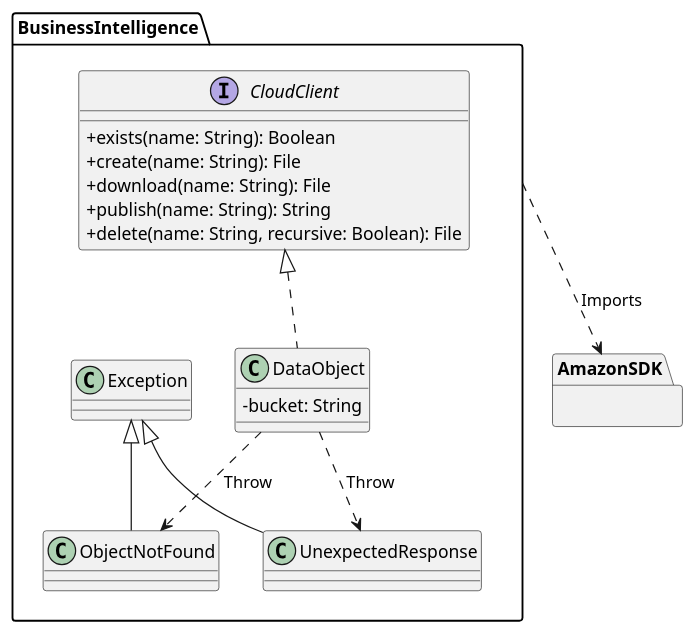
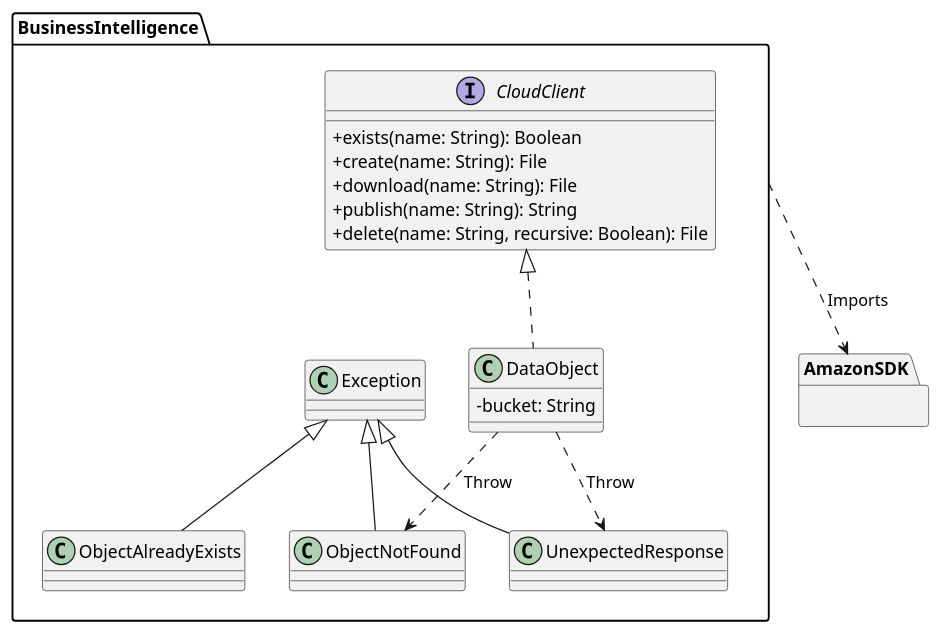
Before and after one commit to CPNV-ES-BI/BI_ELIXIR_AWS: the diagram in docs/class_diagrams/data_object.puml, drawn with PlantUML. The commit also changed 6 other files, not shown here.

Commit message:
Update sequence diagram

```diff
--- a/docs/class_diagrams/data_object.puml
+++ b/docs/class_diagrams/data_object.puml
@@ -1,33 +1,35 @@
 @startuml DataObject
 skinparam classAttributeIconSize 0
 package BusinessIntelligence {
     interface CloudClient {
      +exists(name: String): Boolean
      +create(name: String): File
      +download(name: String): File
      +publish(name: String): String
      +delete(name: String, recursive: Boolean): File
     }
 
     class DataObject {
      -bucket: String
     }
 
     class Exception
     class ObjectNotFound
+    class ObjectAlreadyExists
     class UnexpectedResponse
 
     CloudClient <|.. DataObject
 
     Exception <|-- ObjectNotFound
+    Exception <|-- ObjectAlreadyExists
     Exception <|-- UnexpectedResponse
 
     DataObject ..> ObjectNotFound: Throw
     DataObject ..> UnexpectedResponse: Throw
 }
 
 package AmazonSDK {}
 
 BusinessIntelligence ..> AmazonSDK: Imports
 
 @enduml
```
